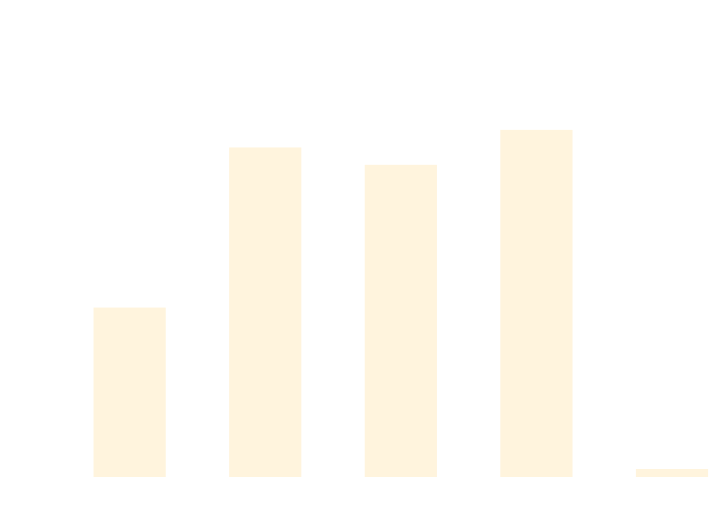
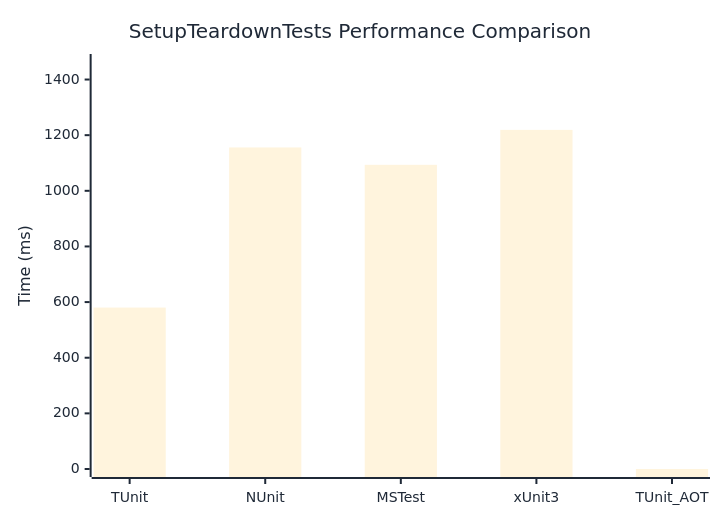
The diagram in docs/docs/benchmarks/SetupTeardownTests.md (weiyilai/TUnit), drawn with Mermaid before and after one commit. The commit also changed 8 other files, not shown here.

First line of the commit message:
Fix invisible chart labels on benchmark pages (#5033)

````diff
--- a/docs/docs/benchmarks/SetupTeardownTests.md
+++ b/docs/docs/benchmarks/SetupTeardownTests.md
@@ -27,37 +27,37 @@
 ```mermaid
 %%{init: {
   'theme':'base',
   'themeVariables': {
     'primaryColor': '#2563eb',
-    'primaryTextColor': '#ffffff',
+    'primaryTextColor': '#1f2937',
     'primaryBorderColor': '#1e40af',
     'lineColor': '#6b7280',
     'secondaryColor': '#7c3aed',
     'tertiaryColor': '#dc2626',
     'background': '#ffffff',
     'mainBkg': '#2563eb',
     'secondBkg': '#7c3aed',
     'tertiaryBkg': '#dc2626',
     'clusterBkg': '#f3f4f6',
     'edgeLabelBackground': '#ffffff',
     'tertiaryTextColor': '#1f2937',
     'pie1': '#2563eb',
     'pie2': '#7c3aed',
     'pie3': '#dc2626',
     'pie4': '#f59e0b',
     'pie5': '#10b981',
     'pie6': '#06b6d4',
     'pie7': '#ec4899',
     'pie8': '#6366f1',
     'pie9': '#84cc16',
     'pie10': '#f97316',
     'pie11': '#14b8a6',
     'pie12': '#a855f7'
   }
 }}%%
 xychart-beta
   title "SetupTeardownTests Performance Comparison"
   x-axis ["TUnit", "NUnit", "MSTest", "xUnit3", "TUnit_AOT"]
   y-axis "Time (ms)" 0 --> 1463
   bar [580.3, 1155.8, 1093.4, 1219, 0]
 ```
````
